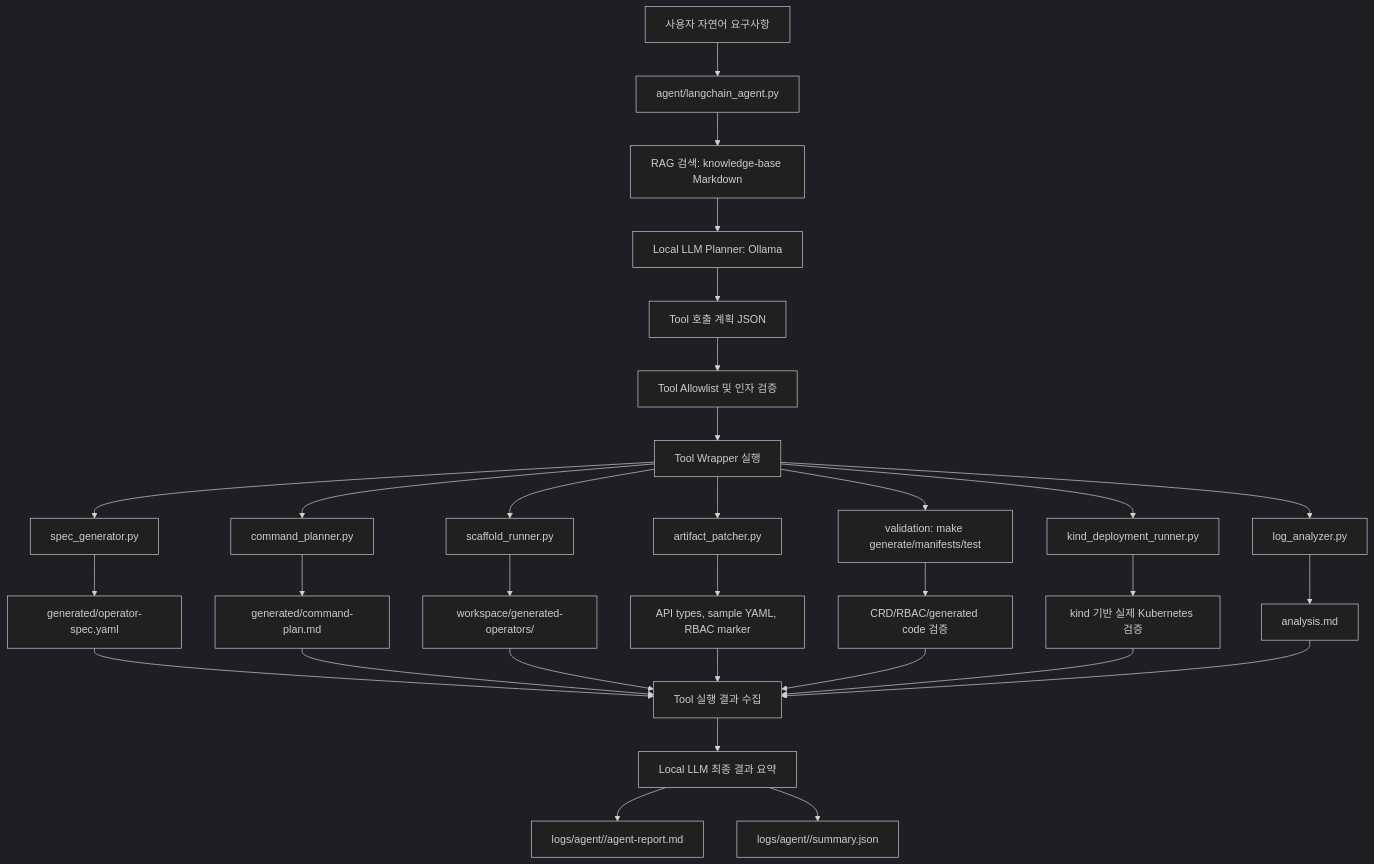
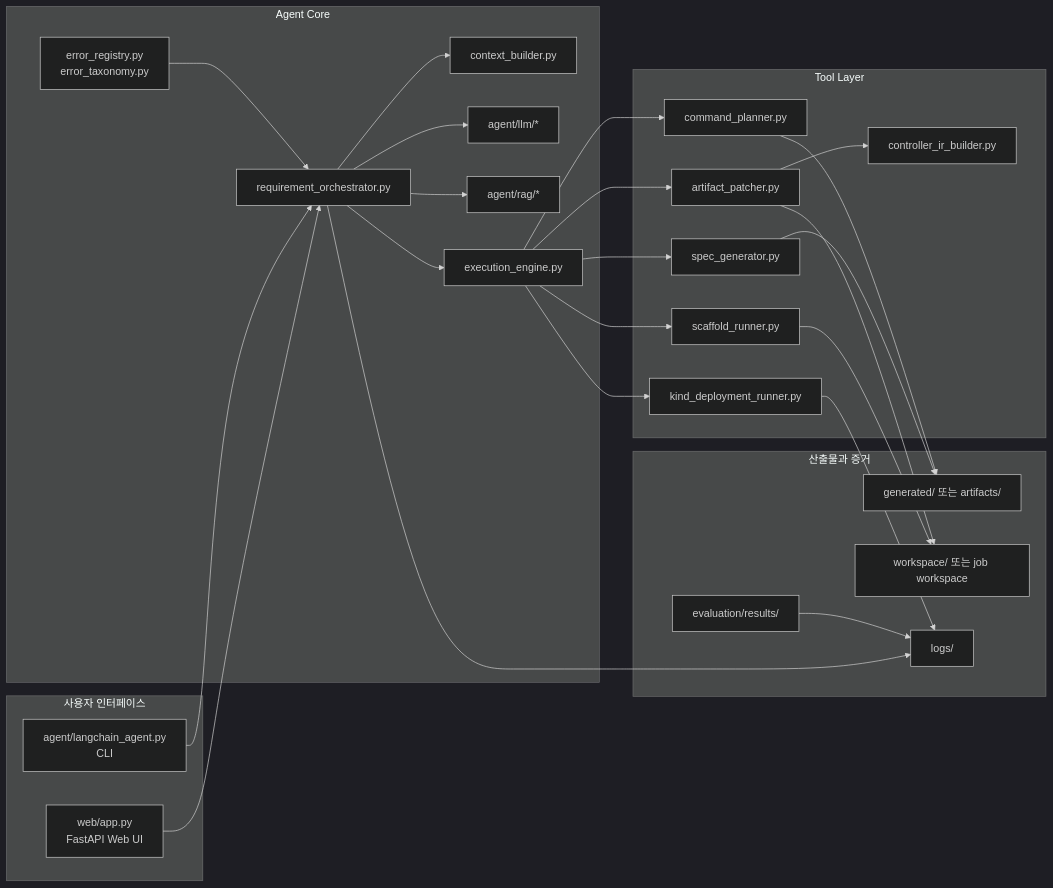
The third of 3 diagrams in README.md (kuashi17/k8sagent), drawn with Mermaid (dark theme) before and after one commit. The commit also changed other lines of this file and 10 other files, not shown here.

````diff
--- a/README.md
+++ b/README.md
@@ -90,37 +280,53 @@
 ```mermaid
-flowchart TD
-    A["사용자 자연어 요구사항"] --> B["agent/langchain_agent.py"]
-    B --> C["RAG 검색: knowledge-base Markdown"]
-    C --> D["Local LLM Planner: Ollama"]
-    D --> E["Tool 호출 계획 JSON"]
-    E --> F["Tool Allowlist 및 인자 검증"]
-    F --> G["Tool Wrapper 실행"]
+flowchart LR
+    subgraph UI["사용자 인터페이스"]
+        WEB["web/app.py<br/>FastAPI Web UI"]
+        CLI["agent/langchain_agent.py<br/>CLI"]
+    end
 
-    G --> H1["spec_generator.py"]
-    G --> H2["command_planner.py"]
-    G --> H3["scaffold_runner.py"]
-    G --> H4["artifact_patcher.py"]
-    G --> H5["validation: make generate/manifests/test"]
-    G --> H6["kind_deployment_runner.py"]
-    G --> H7["log_analyzer.py"]
+    subgraph AGENT["Agent Core"]
+        ORCH["requirement_orchestrator.py"]
+        CTX["context_builder.py"]
+        LLM["agent/llm/*"]
+        RAG["agent/rag/*"]
+        EXEC["execution_engine.py"]
+        ERR["error_registry.py<br/>error_taxonomy.py"]
+    end
 
-    H1 --> I["generated/operator-spec.yaml"]
-    H2 --> J["generated/command-plan.md"]
-    H3 --> K["workspace/generated-operators/<operator>"]
-    H4 --> L["API types, sample YAML, RBAC marker"]
-    H5 --> M["CRD/RBAC/generated code 검증"]
-    H6 --> N["kind 기반 실제 Kubernetes 검증"]
-    H7 --> O["analysis.md"]
+    subgraph TOOLS["Tool Layer"]
+        SPEC["spec_generator.py"]
+        PLAN["command_planner.py"]
+        SCAF["scaffold_runner.py"]
+        PATCH["artifact_patcher.py"]
+        IR["controller_ir_builder.py"]
+        KIND["kind_deployment_runner.py"]
+    end
 
-    I --> P["Tool 실행 결과 수집"]
-    J --> P
-    K --> P
-    L --> P
-    M --> P
-    N --> P
-    O --> P
+    subgraph OUTPUT["산출물과 증거"]
+        ART["generated/ 또는 artifacts/"]
+        WORK["workspace/ 또는 job workspace"]
+        LOG["logs/"]
+        EVAL["evaluation/results/"]
+    end
 
-    P --> Q["Local LLM 최종 결과 요약"]
-    Q --> R["logs/agent/<timestamp>/agent-report.md"]
-    Q --> S["logs/agent/<timestamp>/summary.json"]
+    WEB --> ORCH
+    CLI --> ORCH
+    ORCH --> CTX
+    ORCH --> LLM
+    ORCH --> RAG
+    ORCH --> EXEC
+    EXEC --> SPEC
+    EXEC --> PLAN
+    EXEC --> SCAF
+    EXEC --> PATCH
+    PATCH --> IR
+    EXEC --> KIND
+    SPEC --> ART
+    PLAN --> ART
+    SCAF --> WORK
+    PATCH --> WORK
+    KIND --> LOG
+    ORCH --> LOG
+    ERR --> ORCH
+    EVAL --> LOG
 ```
````
